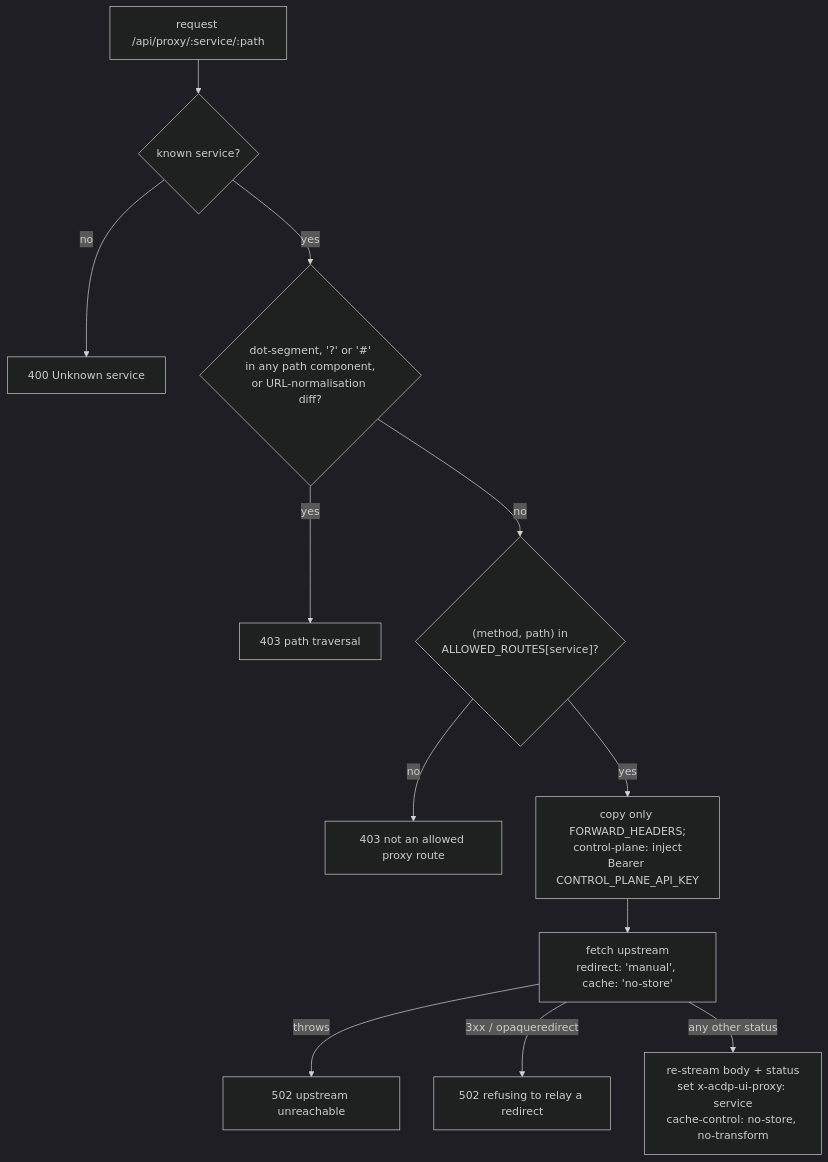
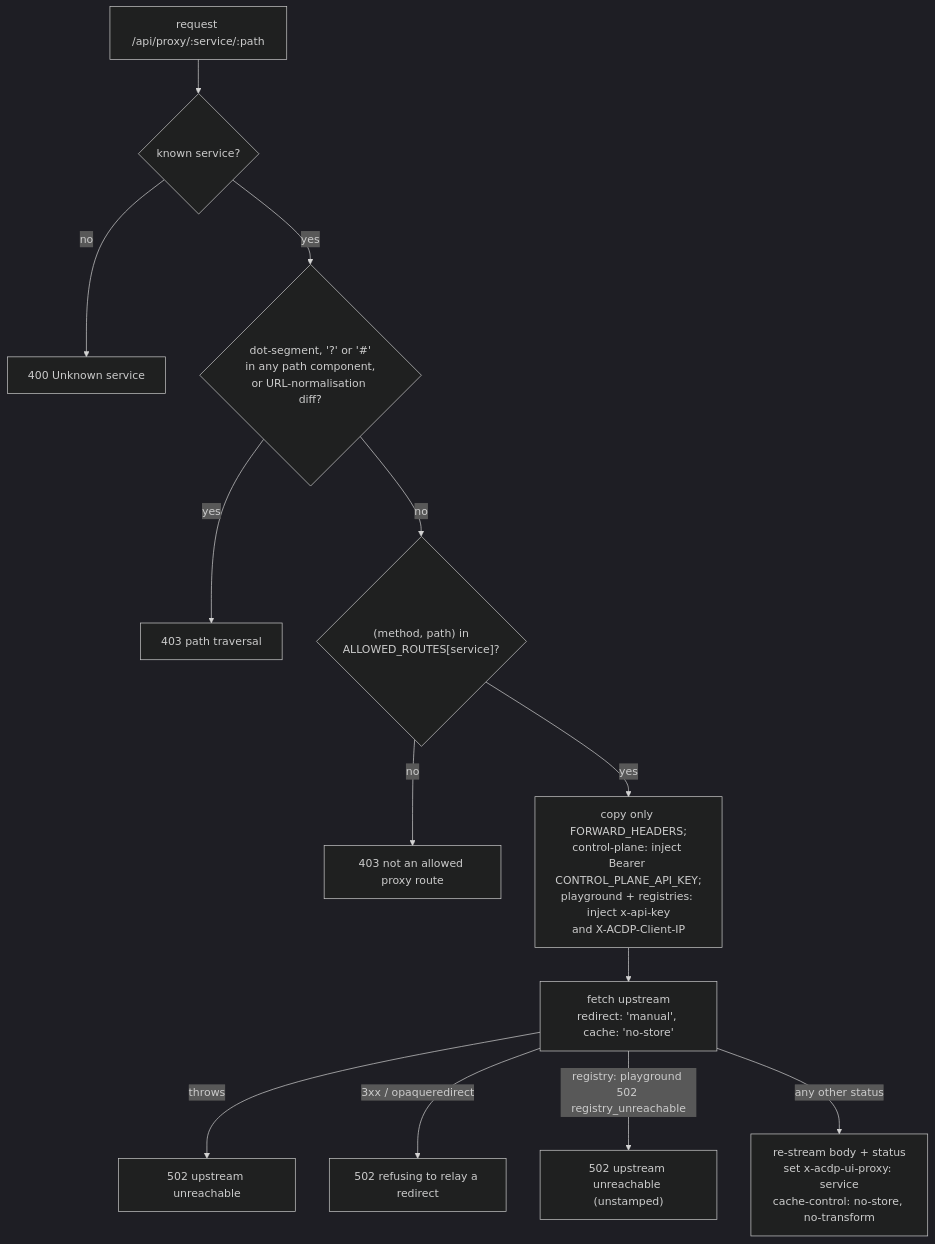
The third of 4 diagrams in docs/architecture.md (agentcontextdistributionprotocol/acdp-ui-console), drawn with Mermaid (dark theme) before and after one commit. The commit also changed other lines of this file and 70 other files, not shown here.

````diff
--- a/docs/architecture.md
+++ b/docs/architecture.md
@@ -94,14 +94,15 @@
 ```mermaid
 flowchart TD
   A["request /api/proxy/:service/:path"] --> B{"known service?"}
   B -- no --> E400["400 Unknown service"]
   B -- yes --> C{"dot-segment, '?' or '#'<br/>in any path component,<br/>or URL-normalisation diff?"}
   C -- yes --> E403a["403 path traversal"]
   C -- no --> D{"(method, path) in<br/>ALLOWED_ROUTES[service]?"}
   D -- no --> E403b["403 not an allowed proxy route"]
-  D -- yes --> G["copy only FORWARD_HEADERS;<br/>control-plane: inject<br/>Bearer CONTROL_PLANE_API_KEY"]
+  D -- yes --> G["copy only FORWARD_HEADERS;<br/>control-plane: inject Bearer CONTROL_PLANE_API_KEY;<br/>playground + registries: inject x-api-key<br/>and X-ACDP-Client-IP"]
   G --> H["fetch upstream<br/>redirect: 'manual', cache: 'no-store'"]
   H -- throws --> E502a["502 upstream unreachable"]
   H -- "3xx / opaqueredirect" --> E502b["502 refusing to relay a redirect"]
+  H -- "registry: playground 502 registry_unreachable" --> E502c["502 upstream unreachable (unstamped)"]
   H -- any other status --> I["re-stream body + status<br/>set x-acdp-ui-proxy: service<br/>cache-control: no-store, no-transform"]
 ```
````
